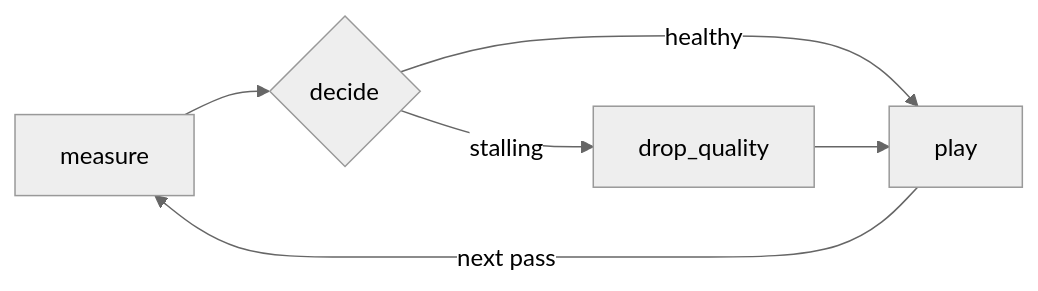
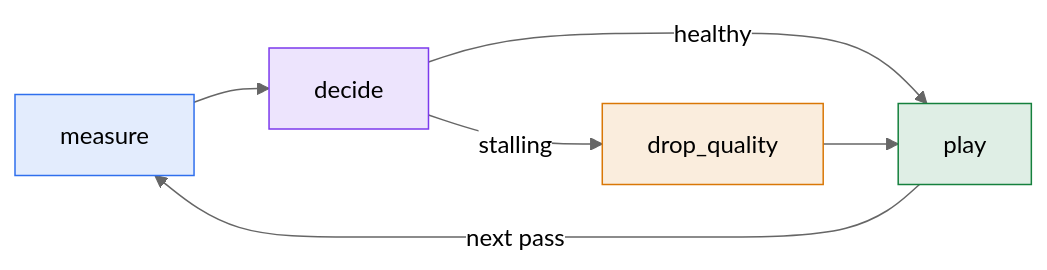
One commit to aidagroup/regelum changed the first of 3 diagrams in docs/concepts/index.md. Above: the diagram before and after it, drawn with Mermaid (neutral theme). The commit also changed other lines of this file and 30 other files, not shown here.

````diff
--- a/docs/concepts/index.md
+++ b/docs/concepts/index.md
@@ -36,8 +36,18 @@
 ```mermaid
 flowchart LR
-    measure --> decide{decide}
+    measure --> decide[decide]
     decide -->|healthy| play
     decide -->|stalling| drop_quality
     drop_quality --> play
     play -->|next pass| measure
+
+    classDef measure fill:#2f6fed22,stroke:#2f6fed;
+    classDef decide fill:#7c3aed22,stroke:#7c3aed;
+    classDef dropQuality fill:#d9770622,stroke:#d97706;
+    classDef play fill:#15803d22,stroke:#15803d;
+
+    class measure measure;
+    class decide decide;
+    class drop_quality dropQuality;
+    class play play;
 ```
````
